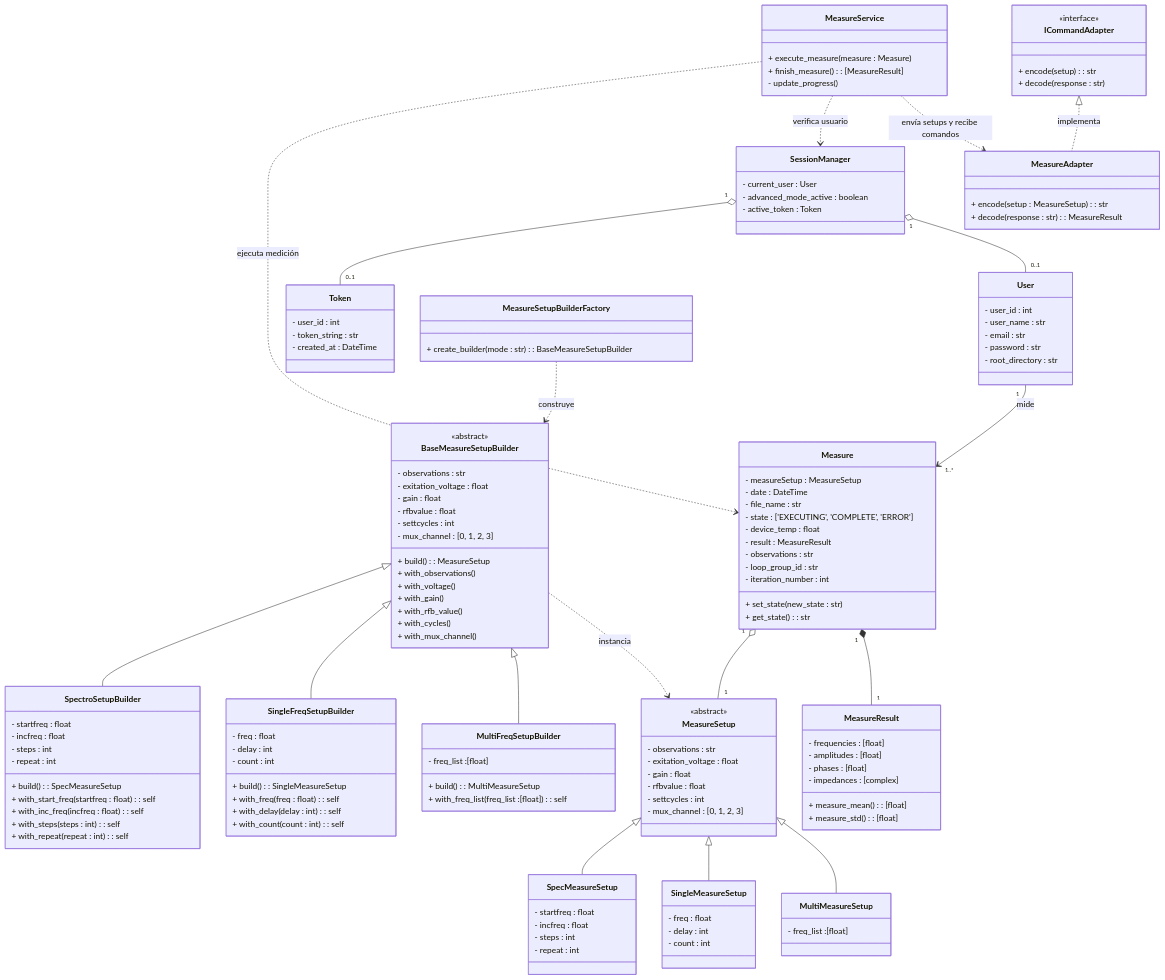
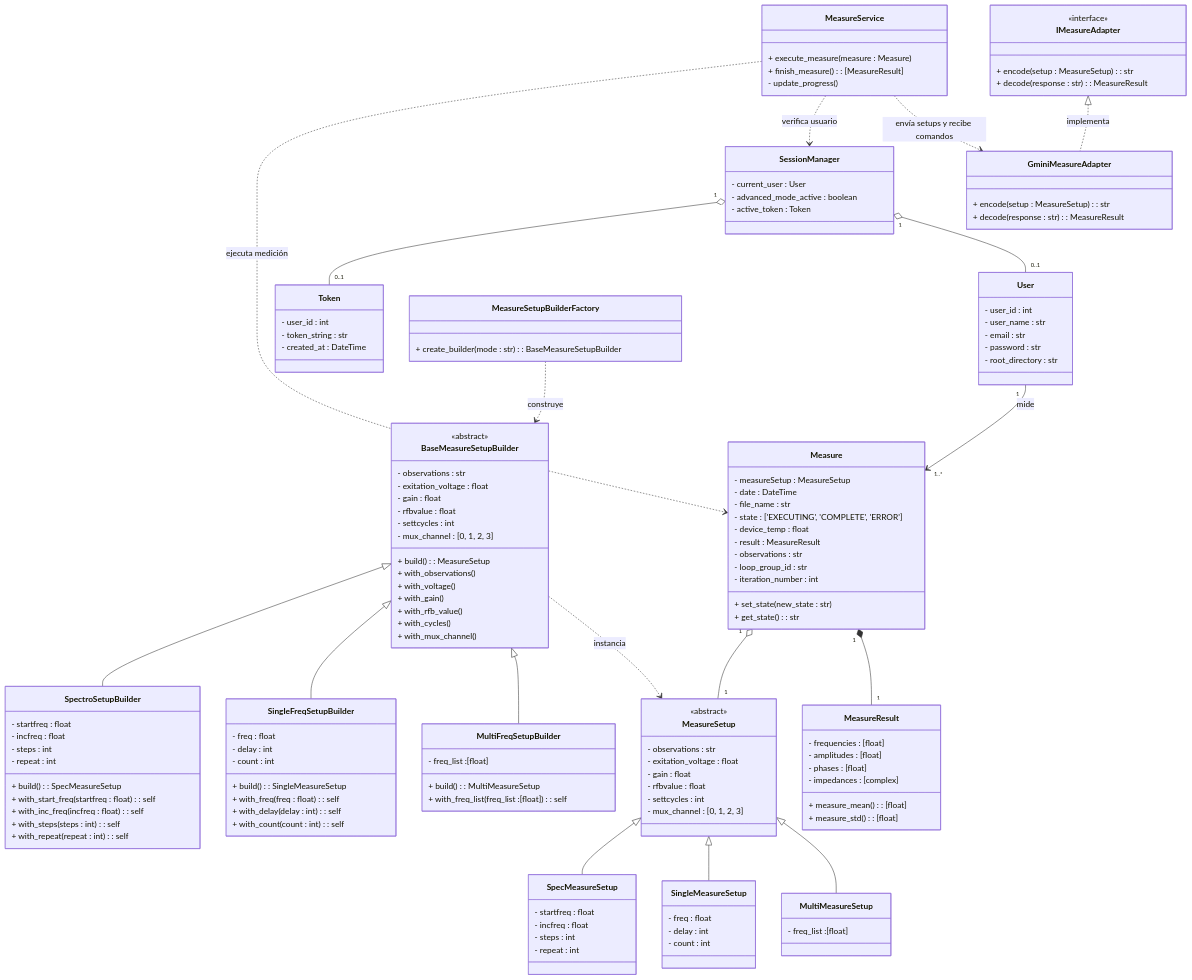
Before and after one commit to alegrelias/Repo-GMini: the fourth of 6 diagrams in Gmini-MarkDown/Diagramas/Clases Conceptuales.md, drawn with Mermaid. The commit also changed other lines of this file, not shown here.

Commit message:
Se modifica diagrama de clases

````diff
--- a/Gmini-MarkDown/Diagramas/Clases Conceptuales.md
+++ b/Gmini-MarkDown/Diagramas/Clases Conceptuales.md
@@ -663,15 +673,15 @@
 	+ create_builder(mode : str) : BaseMeasureSetupBuilder 
 }
 
-class ICommandAdapter{
-    <<interface>>
-    + encode(setup) : str
-    + decode(response : str)
+class IMeasureAdapter{ 
+	<<interface>>
+	+ encode(setup : MeasureSetup) : str 
+	+ decode(response : str) : MeasureResult 
 }
 
-class MeasureAdapter{
-    + encode(setup : MeasureSetup) : str
-    + decode(response : str) : MeasureResult
+class GminiMeasureAdapter{ 
+	+ encode(setup : MeasureSetup) : str 
+	+ decode(response : str) : MeasureResult 
 }
 
 %% relaciones
@@ -686,10 +696,10 @@
 
 MeasureService ..> Measure : ejecuta medición
 MeasureService ..> SessionManager : verifica usuario
-MeasureService ..> MeasureAdapter : envía setups y recibe comandos
+MeasureService ..> GminiMeasureAdapter : envía setups y recibe comandos
 
 SessionManager "1"o--"0..1" Token
 SessionManager "1"o--"0..1" User
 
-ICommandAdapter <|.. MeasureAdapter : implementa
+IMeasureAdapter <|.. GminiMeasureAdapter : implementa
 ```
````
